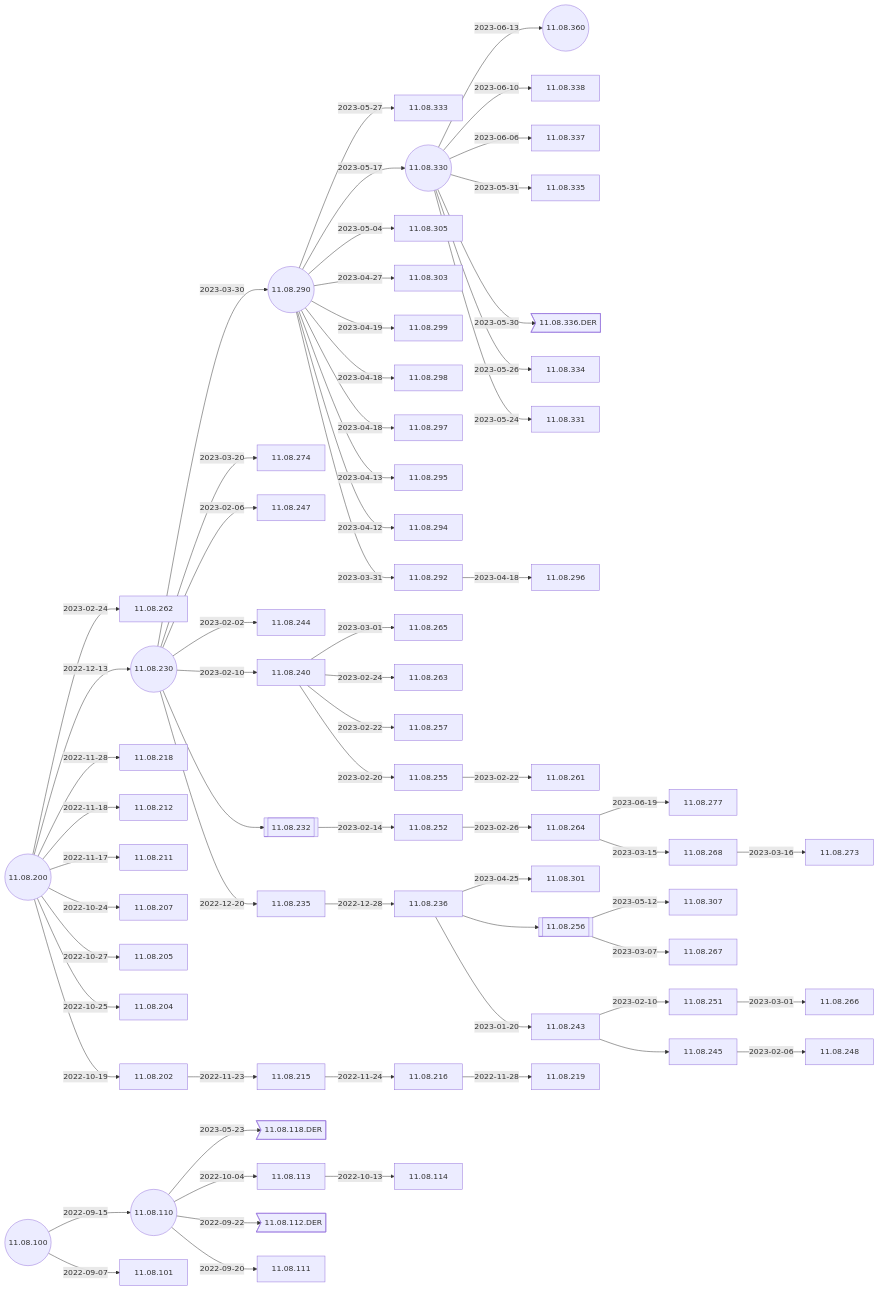
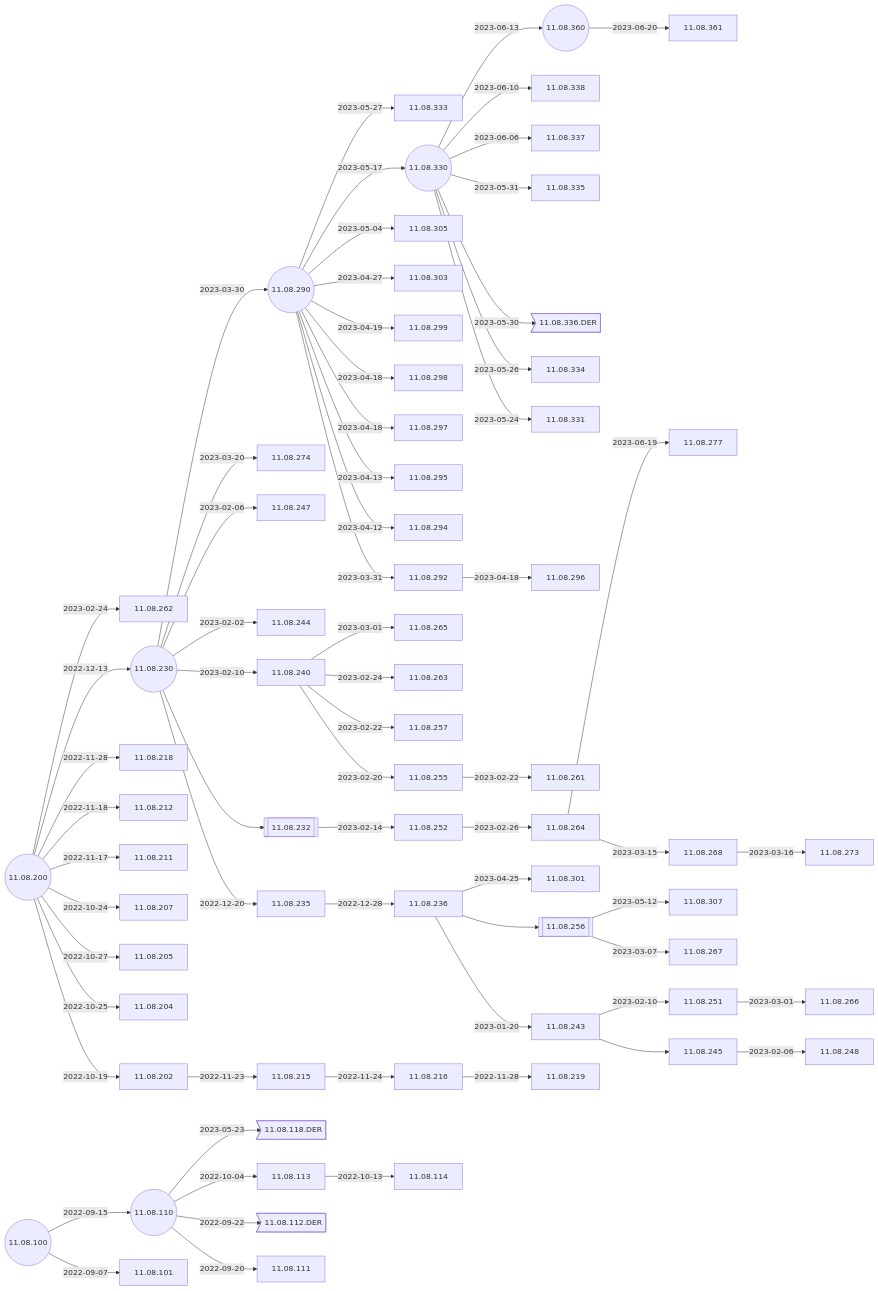
One commit to IGEL-Community/IGEL-Docs-v02 changed the second of 4 diagrams in docs/Docs/ReleaseNotes/01-OS11/README.md. Above: the diagram before and after it, drawn with Mermaid. The commit also changed 2 other files, not shown here.

Commit message:
11.08.361 < 11.08.360

````diff
--- a/docs/Docs/ReleaseNotes/01-OS11/README.md
+++ b/docs/Docs/ReleaseNotes/01-OS11/README.md
@@ -39,5 +39,6 @@
 ```mermaid
 flowchart LR
+    11.08.360-- 2023-06-20 -->11.08.361
     11.08.264-- 2023-06-19 -->11.08.277
     11.08.330-- 2023-06-13 -->11.08.360((11.08.360))
     11.08.330-- 2023-06-10 -->11.08.338
@@ -86,6 +87,7 @@
     11.08.110((11.08.110))-- 2022-09-22 -->11.08.112.DER>11.08.112.DER]
     11.08.100-- 2022-09-15 -->11.08.110-- 2022-09-20 -->11.08.111
     11.08.100((11.08.100))-- 2022-09-07 -->11.08.101
+    click 11.08.361 "https://github.com/IGEL-Community/IGEL-Docs-v02/tree/main/docs/Docs/ReleaseNotes/01-OS11/readme11.08.361.txt" _blank
     click 11.08.277 "https://github.com/IGEL-Community/IGEL-Docs-v02/tree/main/docs/Docs/ReleaseNotes/01-OS11/readme11.08.277.txt" _blank
     click 11.08.360 "https://github.com/IGEL-Community/IGEL-Docs-v02/tree/main/docs/Docs/ReleaseNotes/01-OS11/readme11.08.360.txt" _blank
     click 11.08.338 "https://github.com/IGEL-Community/IGEL-Docs-v02/tree/main/docs/Docs/ReleaseNotes/01-OS11/readme11.08.338.txt" _blank
````
